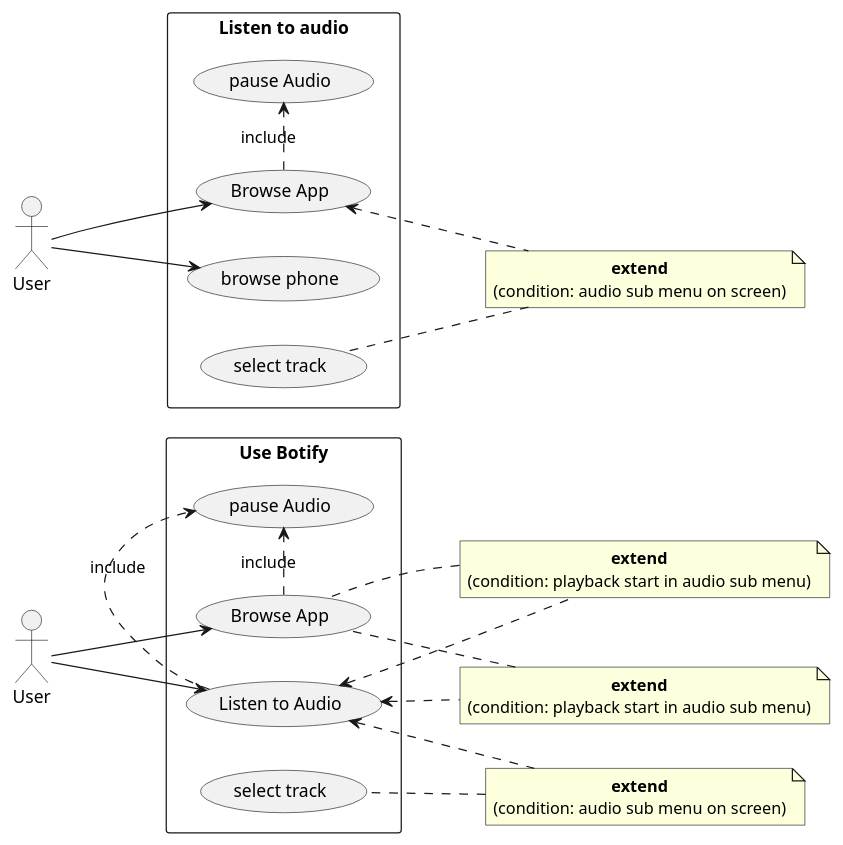
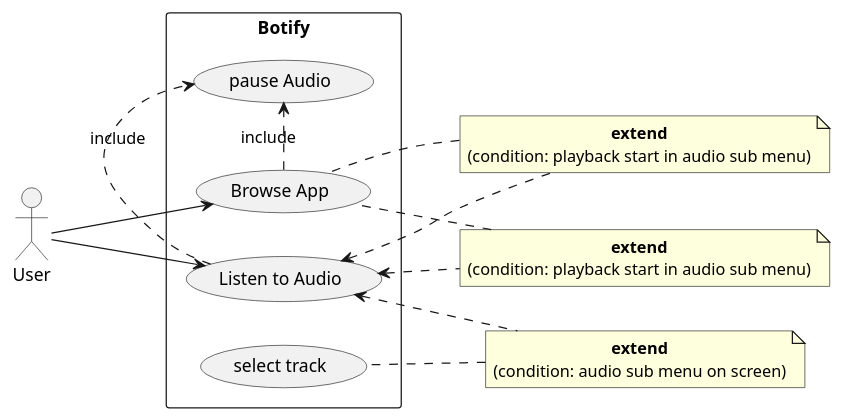
The diagram in Documents/useCase_new.puml (vertigonale/botify2), drawn with PlantUML before and after one commit. The commit also changed 1 other file, not shown here.

```diff
--- a/Documents/useCase_new.puml
+++ b/Documents/useCase_new.puml
@@ -1,91 +1,91 @@
 @startuml
 skinparam packageStyle rectangle
 skinparam defaulttextalignment center
 left to right direction
 actor User as u
-actor User as u2
+/'actor User as u2'/
 
 note as n1
 <b>extend</b>
 (condition: playback start in audio sub menu)
 end note
 
 note as n2
 <b>extend</b>
 (condition: playback start in audio sub menu)
 end note
 
 note as n3
 <b>extend</b>
 (condition: audio sub menu on screen)
 end note
 
-note as n01
+/'note as n01
 <b>extend</b>
 (condition: audio sub menu on screen)
-end note
+end note'/
 /'
 note as n02
 <b>extend</b>
 
 end note
 
 note as n03
 <b>extend</b>
 
 end note'/
 
 /'note "extend (condition: playback start in audio sub menu)" as n1
 note "extend (condition: playback start in audio sub menu)" as n2
 note "extend (condition: audio sub menu on screen)" as n3'/
 
 
-rectangle "Use Botify" {
+rectangle "Botify" {
 usecase "Browse App" as uc1
 usecase "Listen to Audio" as uc2
 usecase "select track" as uc3
 usecase "pause Audio" as uc4
 /'uc3 .> uc2 : extend
 uc1 .> uc2 : extend'/
 uc2 .> uc4 : include
 uc1 .> uc4 : include
 }
 
 uc2 <.. n1
 n1 .. uc1
 
 uc2 <.. n2
 n2 .. uc1
 
 uc2 <.. n3
 n3 .. uc3
 
 u --> uc1
 u --> uc2
 
-rectangle "Listen to audio" {
+/'rectangle "Listen to audio" {
 usecase "Browse App" as uc01
 usecase "browse phone" as uc02
 usecase "select track" as uc03
 usecase "pause Audio" as uc04
-/'uc3 .> uc2 : extend
-uc1 .> uc2 : extend'/
+'//'uc3 .> uc2 : extend
+uc1 .> uc2 : extend'//'
 uc01 .> uc04 : include
 'uc03 .> uc01 : extend
 'uc01 .> uc04 : include
 }
 
 uc01 <.. n01
 n01 .. uc03
 
-/'uc02 <.. n02
+'//'uc02 <.. n02
 n02 .. uc01
 
 uc02 <.. n03
 n03 .. uc03
-'/
+'//'
 
 u2 --> uc01
-u2 --> uc02
+u2 --> uc02'/
 
 @enduml
```
